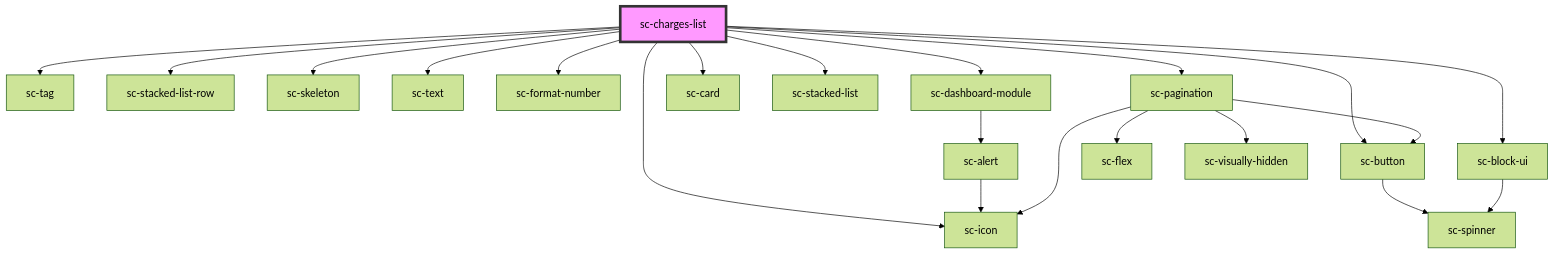
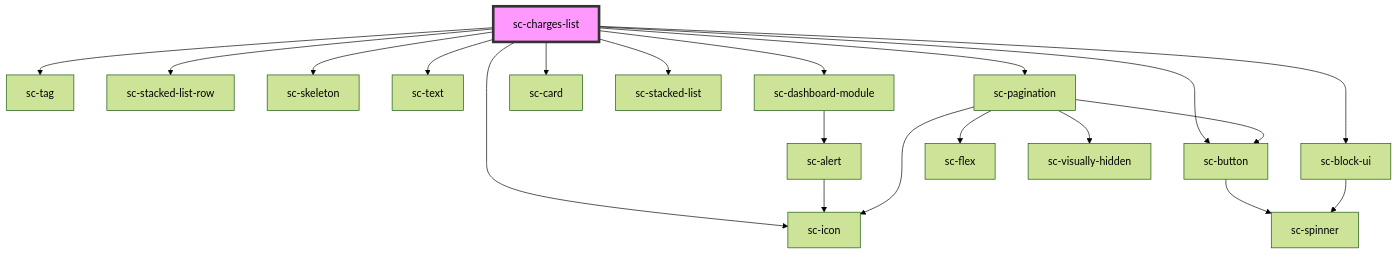
One commit to surecart/surecart-wp-plugin changed the diagram in packages/components/src/components/controllers/dashboard/charges-list/readme.md. Above: the diagram before and after it, drawn with Mermaid (forest theme). The commit also changed other lines of this file and 37 other files, not shown here.

````diff
--- a/packages/components/src/components/controllers/dashboard/charges-list/readme.md
+++ b/packages/components/src/components/controllers/dashboard/charges-list/readme.md
@@ -36,24 +35,23 @@
 ```mermaid
 graph TD;
   sc-charges-list --> sc-tag
   sc-charges-list --> sc-stacked-list-row
   sc-charges-list --> sc-skeleton
   sc-charges-list --> sc-text
-  sc-charges-list --> sc-format-number
   sc-charges-list --> sc-dashboard-module
   sc-charges-list --> sc-button
   sc-charges-list --> sc-icon
   sc-charges-list --> sc-card
   sc-charges-list --> sc-stacked-list
   sc-charges-list --> sc-pagination
   sc-charges-list --> sc-block-ui
   sc-dashboard-module --> sc-alert
   sc-alert --> sc-icon
   sc-button --> sc-spinner
   sc-pagination --> sc-flex
   sc-pagination --> sc-button
   sc-pagination --> sc-visually-hidden
   sc-pagination --> sc-icon
   sc-block-ui --> sc-spinner
   style sc-charges-list fill:#f9f,stroke:#333,stroke-width:4px
 ```
````
